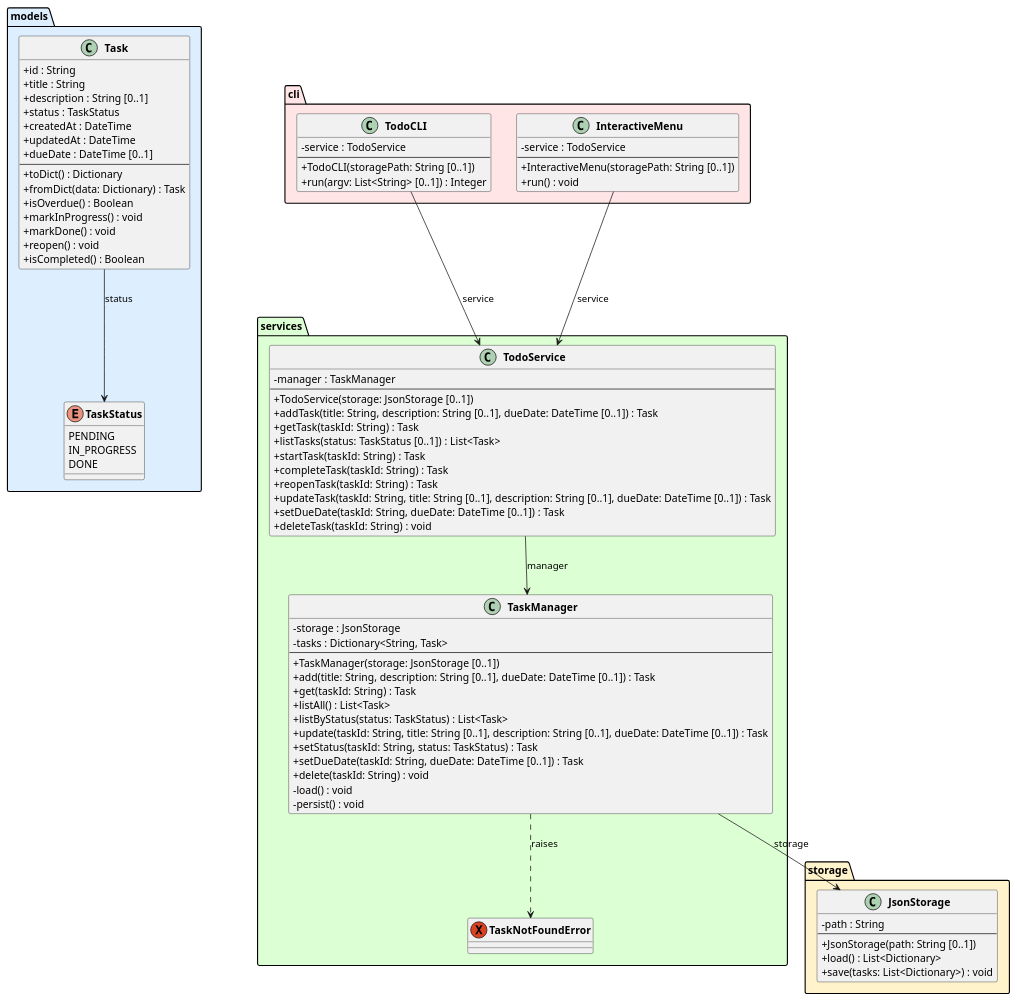
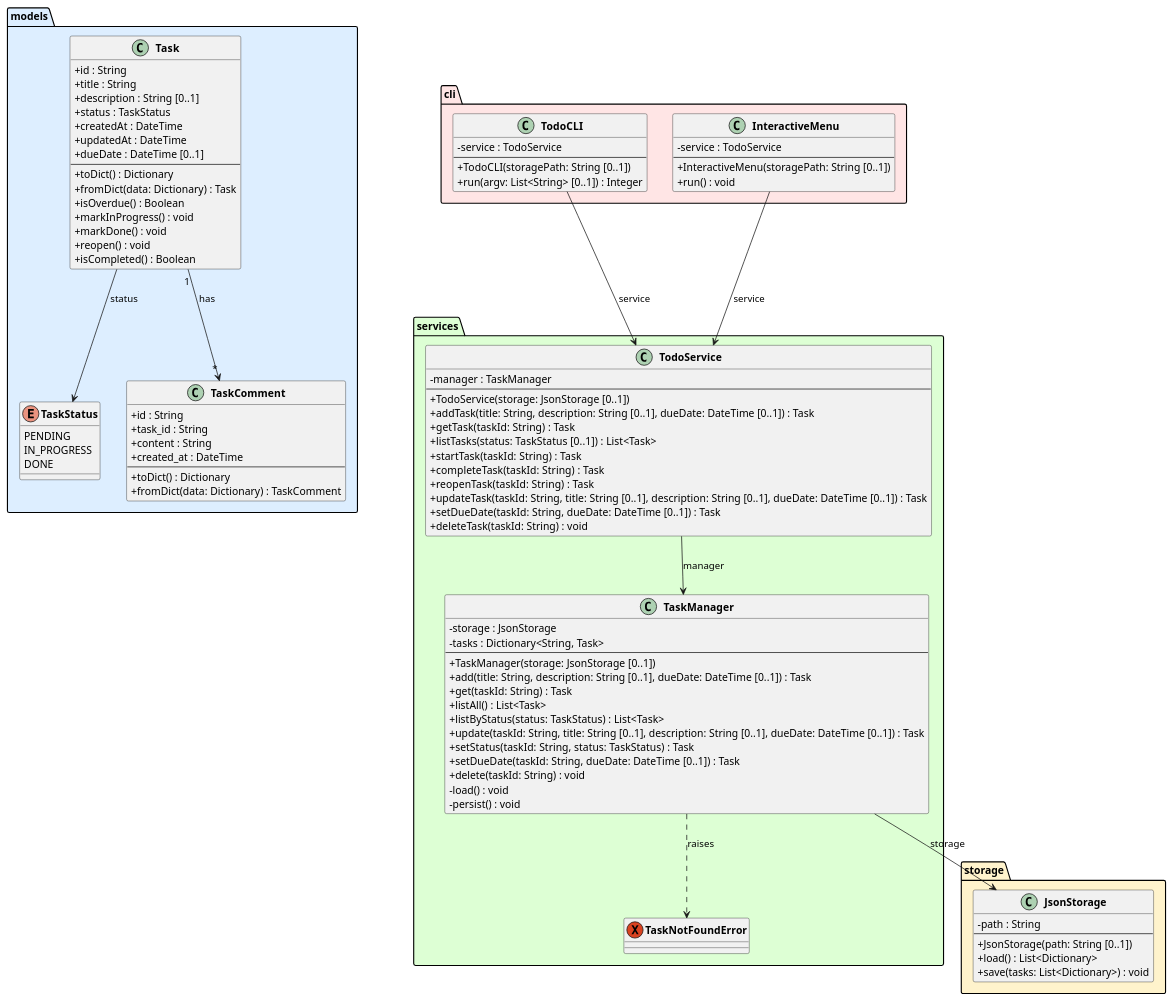
The diagram in experiments/pipeline/structured_text/TODO/artifacts/class_diagram.puml (DanielRiha8906/Software_autoevolution_using_agents), drawn with PlantUML before and after one commit. The commit also changed 5 other files, not shown here.

First line of the commit message:
task 03 | Introduce TaskComment domain class

```diff
--- a/experiments/pipeline/structured_text/TODO/artifacts/class_diagram.puml
+++ b/experiments/pipeline/structured_text/TODO/artifacts/class_diagram.puml
@@ -1,101 +1,112 @@
 @startuml class_diagram
 
 skinparam classAttributeIconSize 0
 skinparam classFontStyle bold
 
 package "models" #DDEEFF {
     enum TaskStatus {
         PENDING
         IN_PROGRESS
         DONE
     }
 
     class Task {
         +id : String
         +title : String
         +description : String [0..1]
         +status : TaskStatus
         +createdAt : DateTime
         +updatedAt : DateTime
         +dueDate : DateTime [0..1]
         --
         +toDict() : Dictionary
         +fromDict(data: Dictionary) : Task
         +isOverdue() : Boolean
         +markInProgress() : void
         +markDone() : void
         +reopen() : void
         +isCompleted() : Boolean
+    }
+
+    class TaskComment {
+        +id : String
+        +task_id : String
+        +content : String
+        +created_at : DateTime
+        --
+        +toDict() : Dictionary
+        +fromDict(data: Dictionary) : TaskComment
     }
 }
 
 package "storage" #FFF3CC {
     class JsonStorage {
         -path : String
         --
         +JsonStorage(path: String [0..1])
         +load() : List<Dictionary>
         +save(tasks: List<Dictionary>) : void
     }
 }
 
 package "services" #DDFFD4 {
     exception TaskNotFoundError
 
     class TaskManager {
         -storage : JsonStorage
         -tasks : Dictionary<String, Task>
         --
         +TaskManager(storage: JsonStorage [0..1])
         +add(title: String, description: String [0..1], dueDate: DateTime [0..1]) : Task
         +get(taskId: String) : Task
         +listAll() : List<Task>
         +listByStatus(status: TaskStatus) : List<Task>
         +update(taskId: String, title: String [0..1], description: String [0..1], dueDate: DateTime [0..1]) : Task
         +setStatus(taskId: String, status: TaskStatus) : Task
         +setDueDate(taskId: String, dueDate: DateTime [0..1]) : Task
         +delete(taskId: String) : void
         -load() : void
         -persist() : void
     }
 
     class TodoService {
         -manager : TaskManager
         --
         +TodoService(storage: JsonStorage [0..1])
         +addTask(title: String, description: String [0..1], dueDate: DateTime [0..1]) : Task
         +getTask(taskId: String) : Task
         +listTasks(status: TaskStatus [0..1]) : List<Task>
         +startTask(taskId: String) : Task
         +completeTask(taskId: String) : Task
         +reopenTask(taskId: String) : Task
         +updateTask(taskId: String, title: String [0..1], description: String [0..1], dueDate: DateTime [0..1]) : Task
         +setDueDate(taskId: String, dueDate: DateTime [0..1]) : Task
         +deleteTask(taskId: String) : void
     }
 }
 
 package "cli" #FFE5E5 {
     class TodoCLI {
         -service : TodoService
         --
         +TodoCLI(storagePath: String [0..1])
         +run(argv: List<String> [0..1]) : Integer
     }
 
     class InteractiveMenu {
         -service : TodoService
         --
         +InteractiveMenu(storagePath: String [0..1])
         +run() : void
     }
 }
 
 Task --> TaskStatus : status
+Task "1" --> "*" TaskComment : has
 TaskManager --> JsonStorage : storage
 TaskManager ..> TaskNotFoundError : raises
 TodoService --> TaskManager : manager
 TodoCLI --> TodoService : service
 InteractiveMenu --> TodoService : service
 
 @enduml
```
